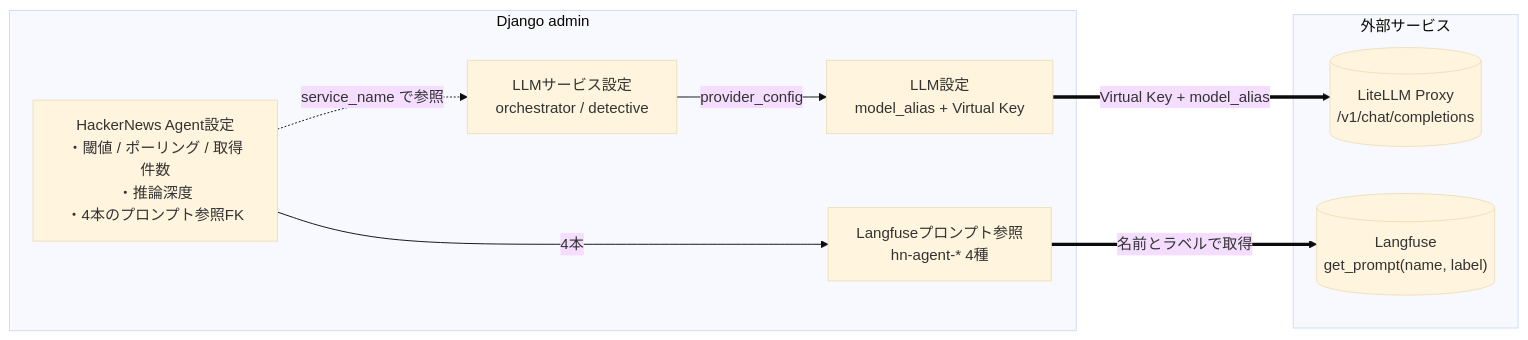
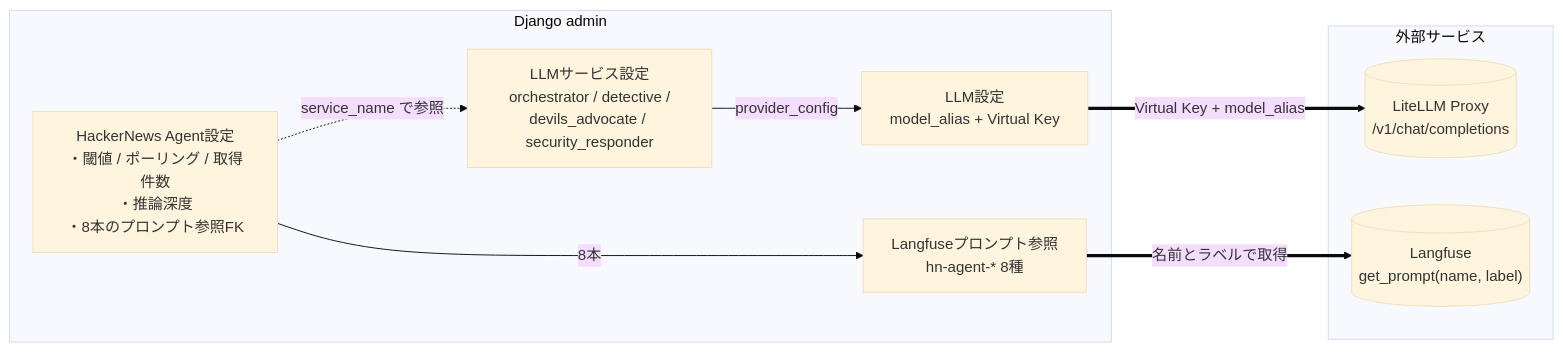
One commit to kagiyama-baking/kawashiro-server changed the second of 2 diagrams in django_api/features/hn_agent/README.md. Above: the diagram before and after it, drawn with Mermaid (base theme). The commit also changed other lines of this file and 2 other files, not shown here.

First line of the commit message:
docs: Devil's Advocate / Security Responder 追加を各 README に反映

````diff
--- a/django_api/features/hn_agent/README.md
+++ b/django_api/features/hn_agent/README.md
@@ -43,21 +57,21 @@
 ```mermaid
 flowchart LR
     subgraph Admin["Django admin"]
-        HN["HackerNews Agent設定<br/>・閾値 / ポーリング / 取得件数<br/>・推論深度<br/>・4本のプロンプト参照FK"]
-        Service["LLMサービス設定<br/>orchestrator / detective"]
+        HN["HackerNews Agent設定<br/>・閾値 / ポーリング / 取得件数<br/>・推論深度<br/>・8本のプロンプト参照FK"]
+        Service["LLMサービス設定<br/>orchestrator / detective /<br/>devils_advocate / security_responder"]
         Provider["LLM設定<br/>model_alias + Virtual Key"]
-        Ref["Langfuseプロンプト参照<br/>hn-agent-* 4種"]
+        Ref["Langfuseプロンプト参照<br/>hn-agent-* 8種"]
     end
 
     subgraph External["外部サービス"]
         LiteLLM[("LiteLLM Proxy<br/>/v1/chat/completions")]
         Langfuse[("Langfuse<br/>get_prompt(name, label)")]
     end
 
-    HN -->|4本| Ref
+    HN -->|8本| Ref
     HN -.->|service_name で参照| Service
     Service -->|provider_config| Provider
 
     Provider ==>|Virtual Key + model_alias| LiteLLM
     Ref ==>|名前とラベルで取得| Langfuse
 ```
````
